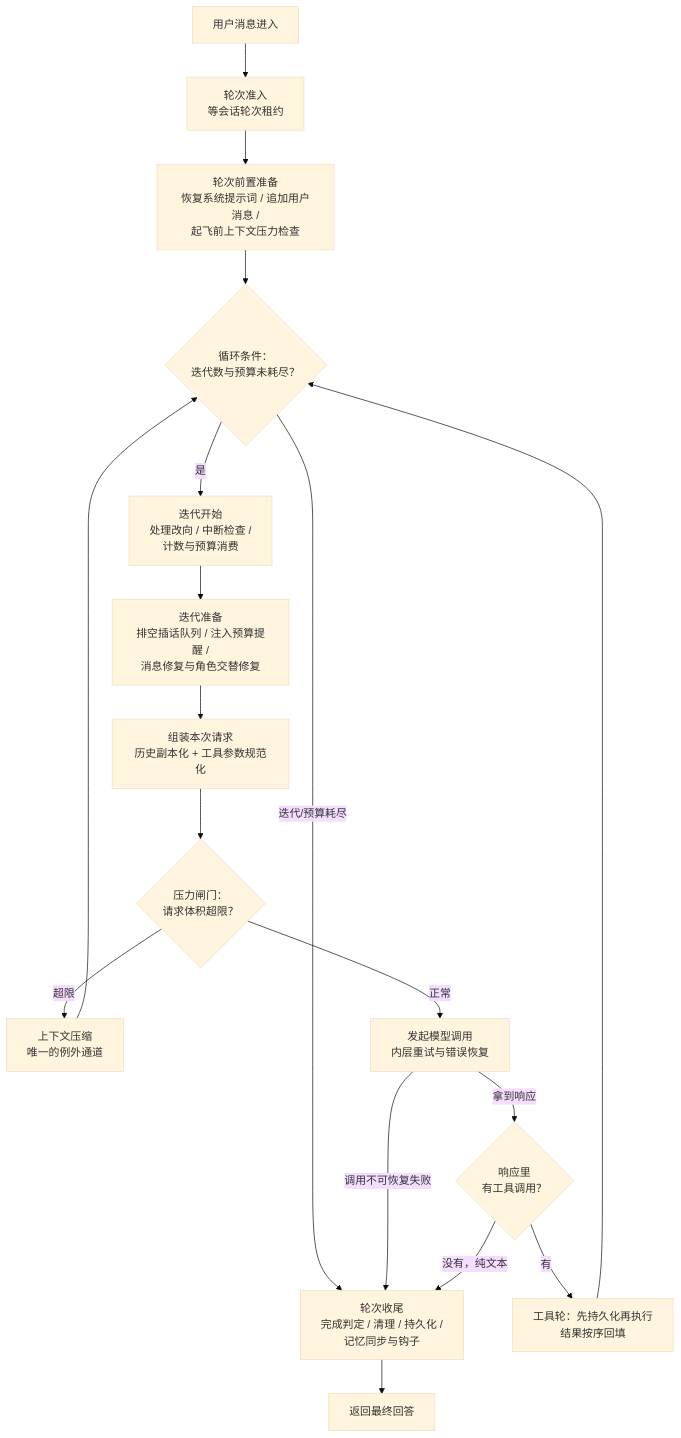
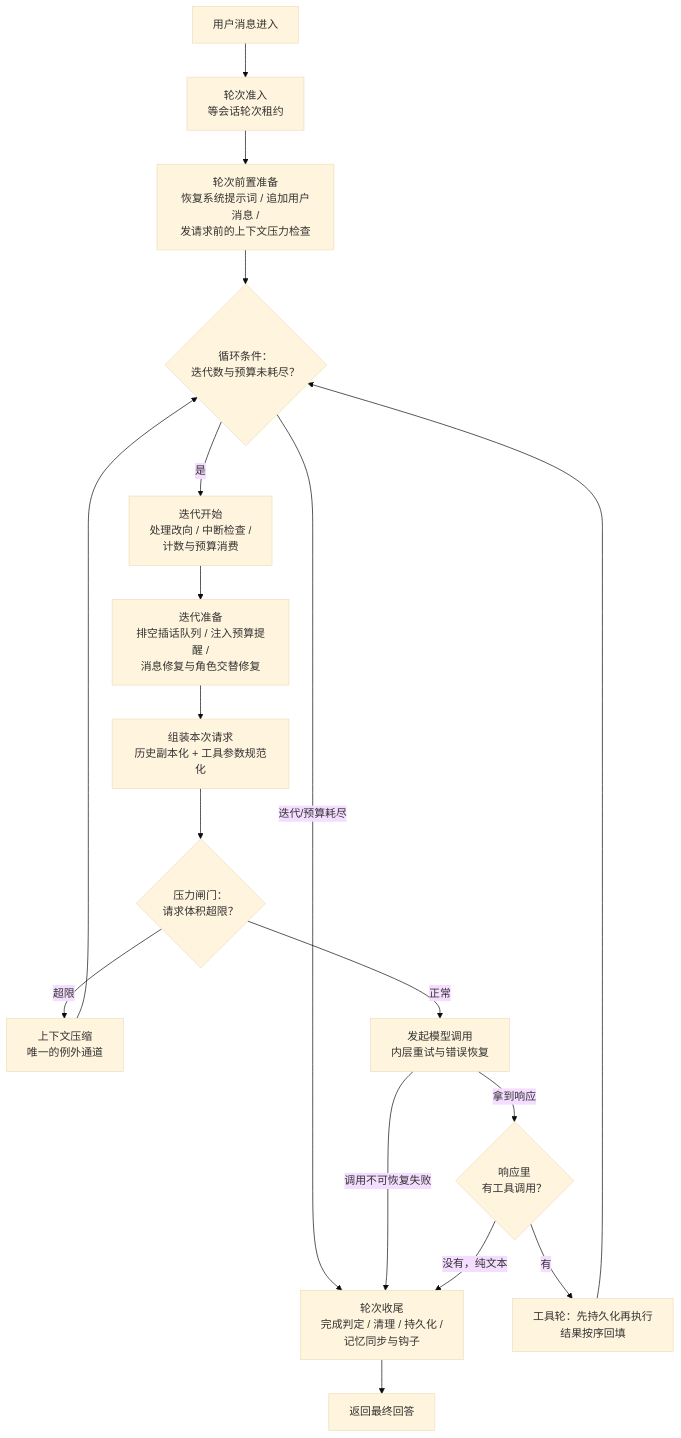
The diagram in docs/agent-loop.md (Mr-ZeLong/hermes-agent-analysis), drawn with Mermaid (base theme) before and after one commit. The commit also changed other lines of this file and 1 other file, not shown here.

````diff
--- a/docs/agent-loop.md
+++ b/docs/agent-loop.md
@@ -26,19 +26,19 @@
 ```mermaid
 flowchart TD
     A[用户消息进入] --> B[轮次准入<br>等会话轮次租约]
-    B --> C[轮次前置准备<br>恢复系统提示词 / 追加用户消息 /<br>起飞前上下文压力检查]
+    B --> C[轮次前置准备<br>恢复系统提示词 / 追加用户消息 /<br>发请求前的上下文压力检查]
     C --> D{循环条件：<br>迭代数与预算未耗尽？}
     D -- 迭代/预算耗尽 --> W[轮次收尾<br>完成判定 / 清理 / 持久化 /<br>记忆同步与钩子]
     D -- 是 --> E[迭代开始<br>处理改向 / 中断检查 /<br>计数与预算消费]
     E --> F[迭代准备<br>排空插话队列 / 注入预算提醒 /<br>消息修复与角色交替修复]
     F --> G[组装本次请求<br>历史副本化 + 工具参数规范化]
     G --> G2{压力闸门：<br>请求体积超限？}
     G2 -- 超限 --> H[上下文压缩<br>唯一的例外通道] --> D
     G2 -- 正常 --> I[发起模型调用<br>内层重试与错误恢复]
     I -- 调用不可恢复失败 --> W
     I -- 拿到响应 --> J{响应里<br>有工具调用？}
     J -- 有 --> K[工具轮：先持久化再执行<br>结果按序回填]
     K --> D
     J -- 没有，纯文本 --> W
     W --> L[返回最终回答]
 ```
````
